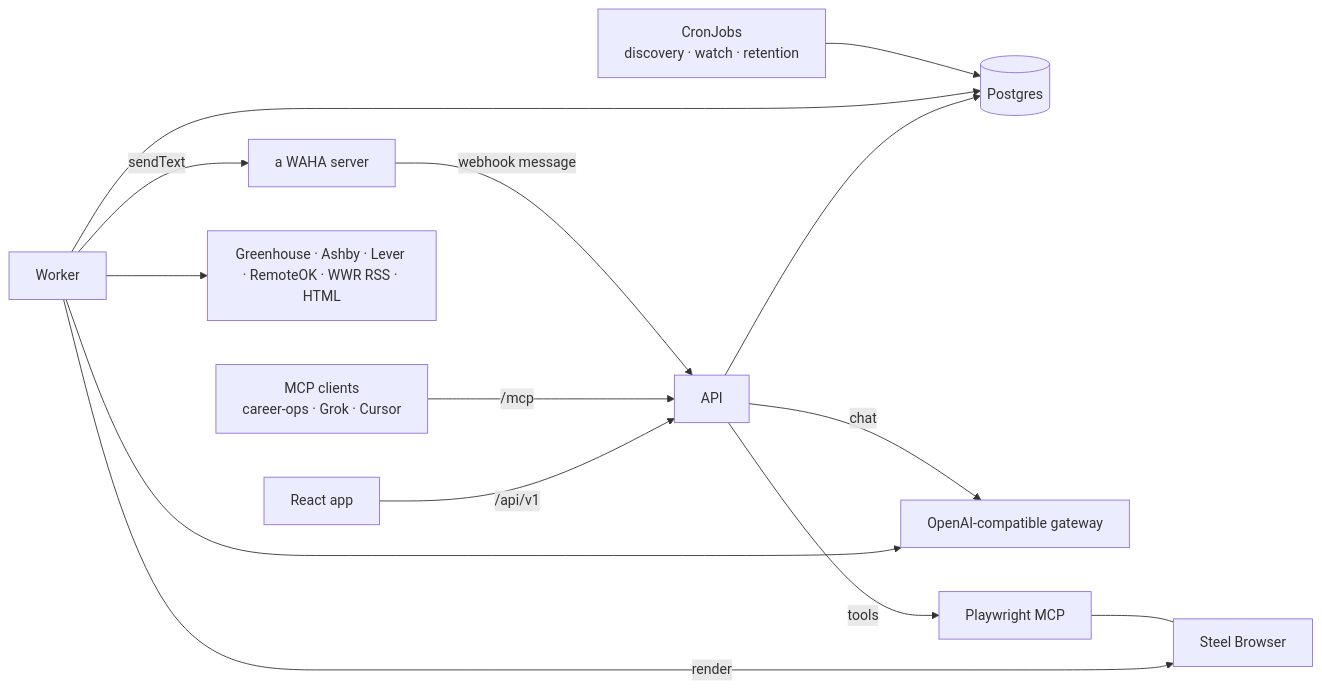
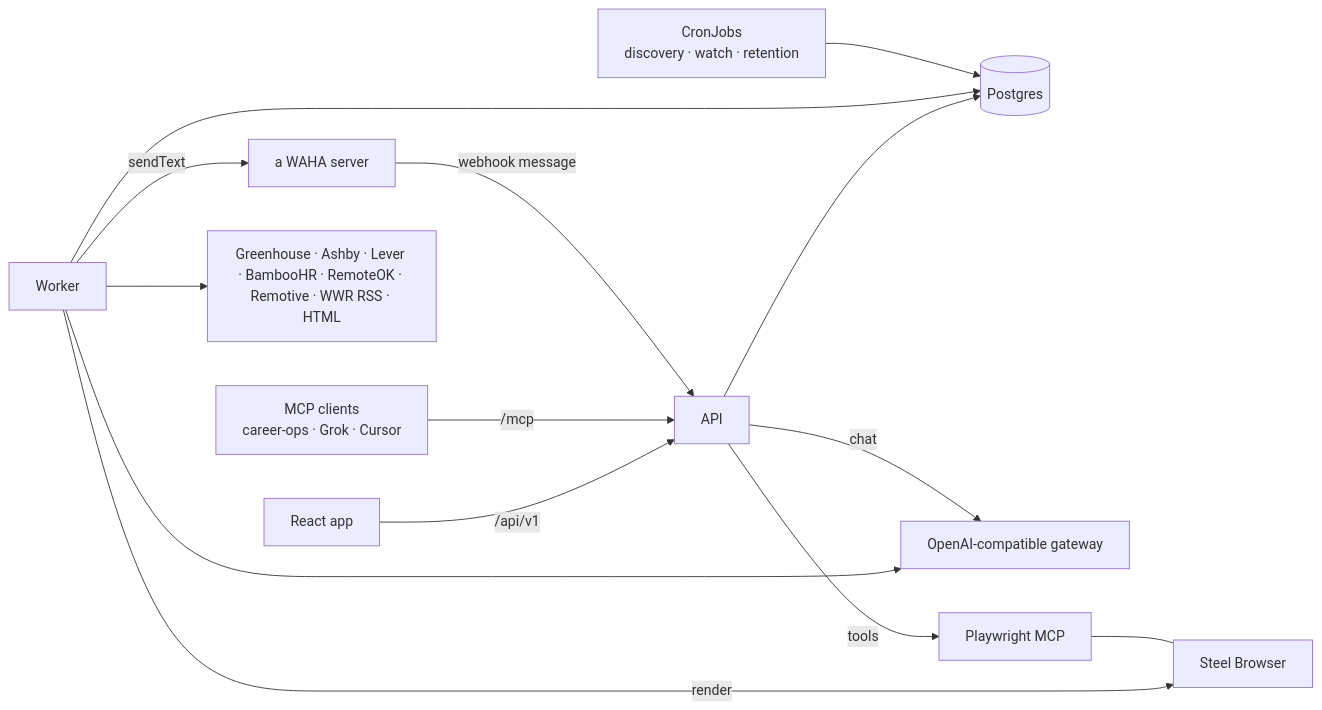
The first of 2 diagrams in docs/ARCHITECTURE.md (giovannirco/job-scout), drawn with Mermaid before and after one commit. The commit also changed other lines of this file and 10 other files, not shown here.

````diff
--- a/docs/ARCHITECTURE.md
+++ b/docs/ARCHITECTURE.md
@@ -5,16 +5,16 @@
 ```mermaid
 flowchart LR
   UI[React app] -->|/api/v1| API
   Agents[MCP clients<br/>career-ops · Grok · Cursor] -->|/mcp| API
   API --> PG[(Postgres)]
   Worker --> PG
-  Worker --> ATS[Greenhouse · Ashby · Lever · RemoteOK · WWR RSS · HTML]
+  Worker --> ATS[Greenhouse · Ashby · Lever · BambooHR · RemoteOK · Remotive · WWR RSS · HTML]
   Worker --> LLM[OpenAI-compatible gateway]
   Worker -->|sendText| WAHA[a WAHA server]
   WAHA -->|webhook message| API
   API -->|chat| LLM
   API -->|tools| PMCP[Playwright MCP]
   Worker -->|render| Steel[Steel Browser]
   PMCP --- Steel
   Cron[CronJobs<br/>discovery · watch · retention] --> PG
 ```
````
